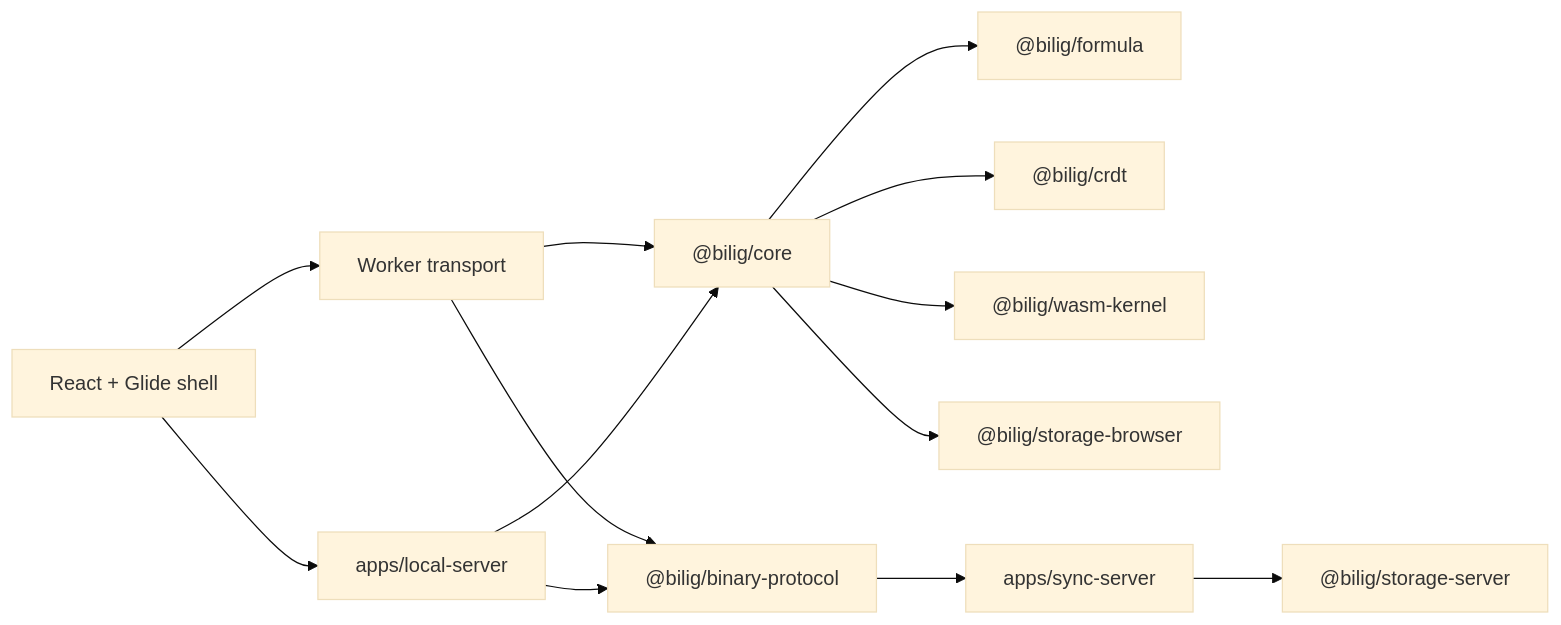
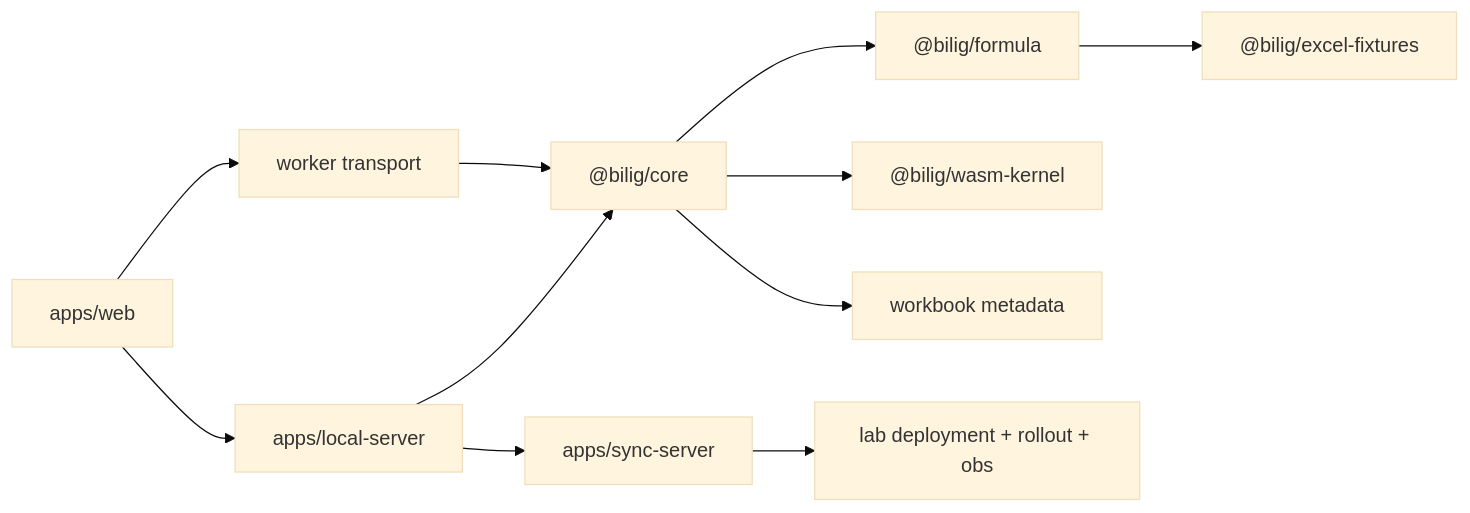
The diagram in docs/architecture.md (proompteng/bilig), drawn with Mermaid (base theme) before and after one commit. The commit also changed other lines of this file and 42 other files, not shown here.

````diff
--- a/docs/architecture.md
+++ b/docs/architecture.md
@@ -5,15 +5,13 @@
 ```mermaid
 flowchart LR
-  UI["React + Glide shell"] --> Worker["Worker transport"]
+  UI["apps/web"] --> Worker["worker transport"]
   UI --> Local["apps/local-server"]
   Worker --> Core["@bilig/core"]
   Core --> Formula["@bilig/formula"]
-  Core --> CRDT["@bilig/crdt"]
   Core --> WASM["@bilig/wasm-kernel"]
-  Core --> BrowserStore["@bilig/storage-browser"]
-  Worker --> Binary["@bilig/binary-protocol"]
-  Local --> Binary
+  Core --> Meta["workbook metadata"]
+  Formula --> Fixtures["@bilig/excel-fixtures"]
   Local --> Core
-  Binary --> Sync["apps/sync-server"]
-  Sync --> ServerStore["@bilig/storage-server"]
+  Local --> Sync["apps/sync-server"]
+  Sync --> Lab["lab deployment + rollout + obs"]
 ```
````
